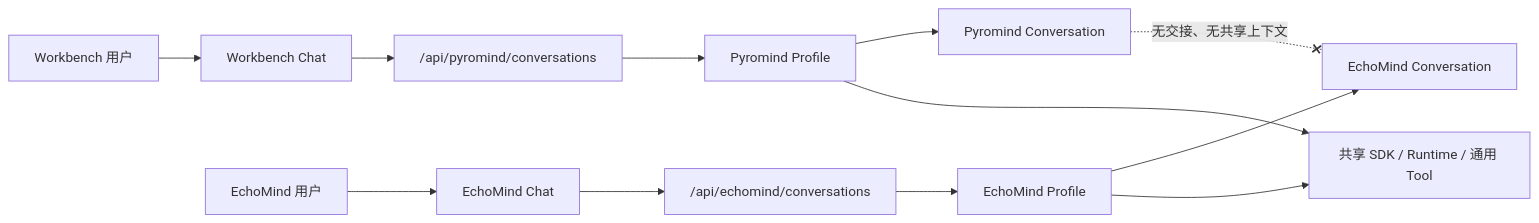
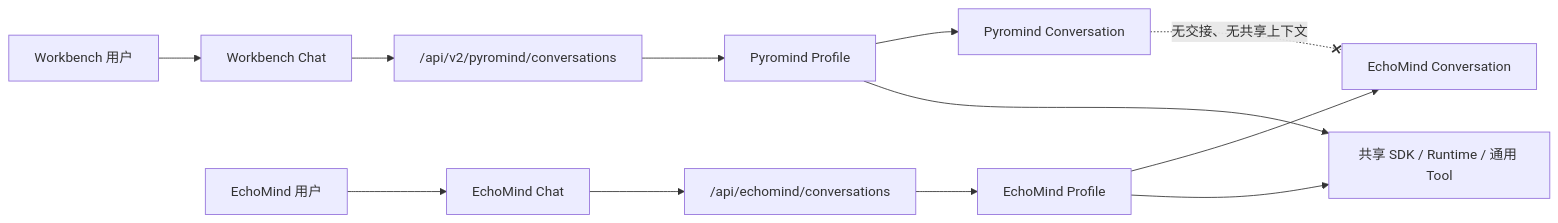
The diagram in docs/echomind-dual-agent-change-design.md (Pyromind-Dynamics/software-agent-sdk), drawn with Mermaid before and after one commit. The commit also changed other lines of this file and 30 other files, not shown here.

````diff
--- a/docs/echomind-dual-agent-change-design.md
+++ b/docs/echomind-dual-agent-change-design.md
@@ -53,19 +57,19 @@
 ```mermaid
 flowchart LR
     U1[Workbench 用户] --> FE1[Workbench Chat]
     U2[EchoMind 用户] --> FE2[EchoMind Chat]
 
-    FE1 --> API1["/api/pyromind/conversations"]
+    FE1 --> API1["/api/v2/pyromind/conversations"]
     FE2 --> API2["/api/echomind/conversations"]
 
     API1 --> P1[Pyromind Profile]
     API2 --> P2[EchoMind Profile]
 
     P1 --> C1[Pyromind Conversation]
     P2 --> C2[EchoMind Conversation]
 
     P1 --> SHARED[共享 SDK / Runtime / 通用 Tool]
     P2 --> SHARED
 
     C1 -. 无交接、无共享上下文 .-x C2
 ```
````
